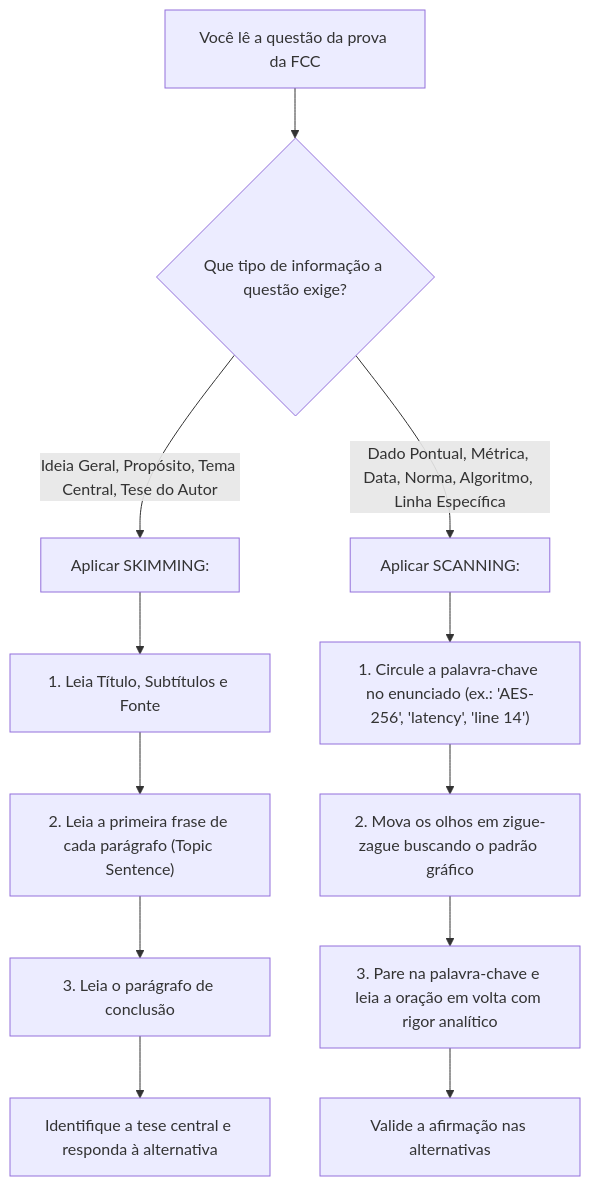
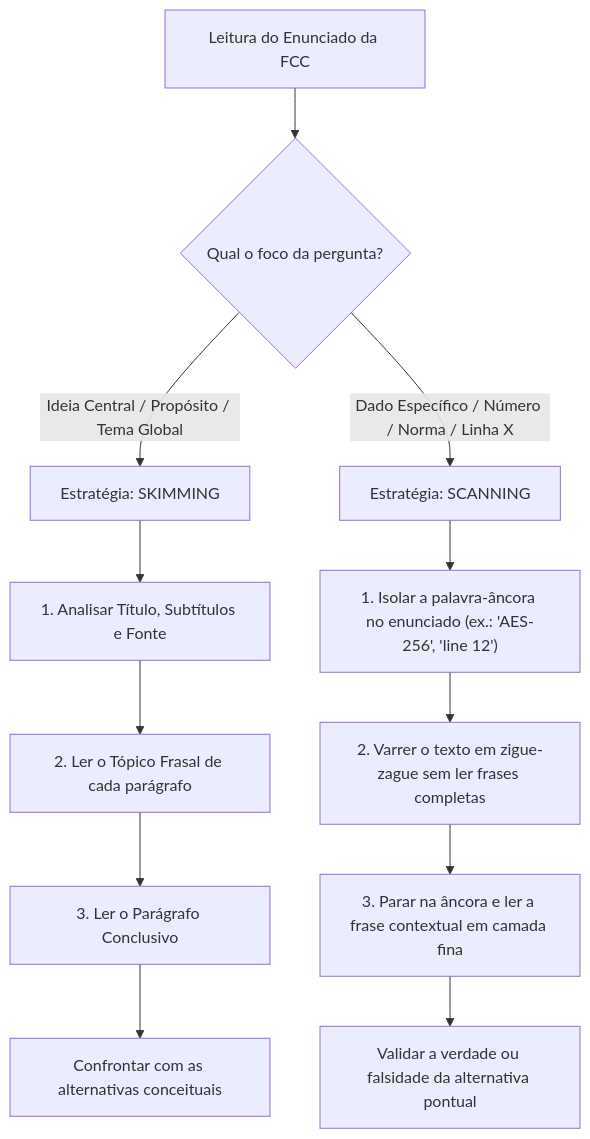
The second of 3 diagrams in fontes_de_estudo/conhecimentos_especificos_b02_ti/14_lingua_inglesa_leitura_tecnica/01_estrategias_de_leitura_skimming_scanning_e_inferencia.md (thiagosantos346/TCE-GO-2027), drawn with Mermaid before and after one commit. The commit also changed other lines of this file and 119 other files, not shown here.

````diff
--- a/fontes_de_estudo/conhecimentos_especificos_b02_ti/14_lingua_inglesa_leitura_tecnica/01_estrategias_de_leitura_skimming_scanning_e_inferencia.md
+++ b/fontes_de_estudo/conhecimentos_especificos_b02_ti/14_lingua_inglesa_leitura_tecnica/01_estrategias_de_leitura_skimming_scanning_e_inferencia.md
@@ -129,16 +130,16 @@
 ```mermaid
 flowchart TD
-    Start["Você lê a questão da prova da FCC"] --> CheckType{"Que tipo de informação a questão exige?"}
+    Q["Leitura do Enunciado da FCC"] --> Decision{"Qual o foco da pergunta?"}
     
-    CheckType -- "Ideia Geral, Propósito, Tema Central, Tese do Autor" --> SkimAction["Aplicar SKIMMING:"]
-    SkimAction --> Skim1["1. Leia Título, Subtítulos e Fonte"]
-    Skim1 --> Skim2["2. Leia a primeira frase de cada parágrafo (Topic Sentence)"]
-    Skim2 --> Skim3["3. Leia o parágrafo de conclusão"]
-    Skim3 --> AnsSkim["Identifique a tese central e responda à alternativa"]
+    Decision -- "Ideia Central / Propósito / Tema Global" --> SkimFlow["Estratégia: SKIMMING"]
+    SkimFlow --> S1["1. Analisar Título, Subtítulos e Fonte"]
+    S1 --> S2["2. Ler o Tópico Frasal de cada parágrafo"]
+    S2 --> S3["3. Ler o Parágrafo Conclusivo"]
+    S3 --> S4["Confrontar com as alternativas conceituais"]
     
-    CheckType -- "Dado Pontual, Métrica, Data, Norma, Algoritmo, Linha Específica" --> ScanAction["Aplicar SCANNING:"]
-    ScanAction --> Scan1["1. Circule a palavra-chave no enunciado (ex.: 'AES-256', 'latency', 'line 14')"]
-    Scan1 --> Scan2["2. Mova os olhos em zigue-zague buscando o padrão gráfico"]
-    Scan2 --> Scan3["3. Pare na palavra-chave e leia a oração em volta com rigor analítico"]
-    Scan3 --> AnsScan["Valide a afirmação nas alternativas"]
+    Decision -- "Dado Específico / Número / Norma / Linha X" --> ScanFlow["Estratégia: SCANNING"]
+    ScanFlow --> SC1["1. Isolar a palavra-âncora no enunciado (ex.: 'AES-256', 'line 12')"]
+    SC1 --> SC2["2. Varrer o texto em zigue-zague sem ler frases completas"]
+    SC2 --> SC3["3. Parar na âncora e ler a frase contextual em camada fina"]
+    SC3 --> SC4["Validar a verdade ou falsidade da alternativa pontual"]
 ```
````
